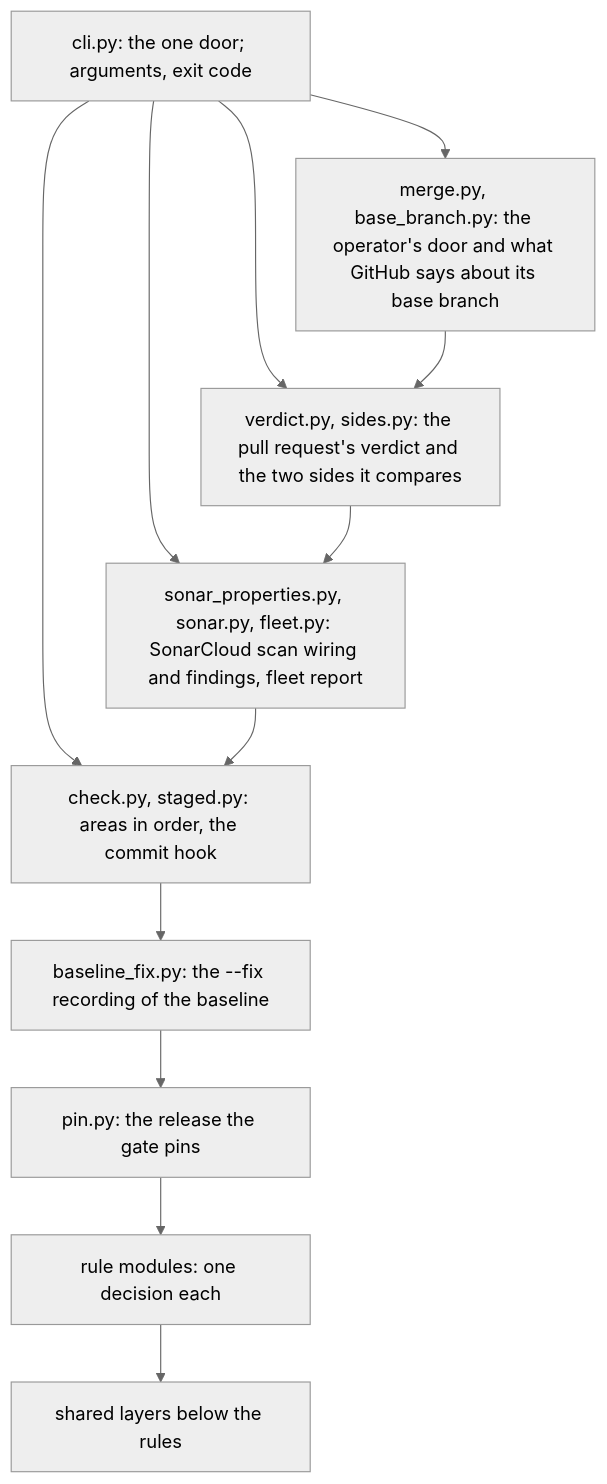
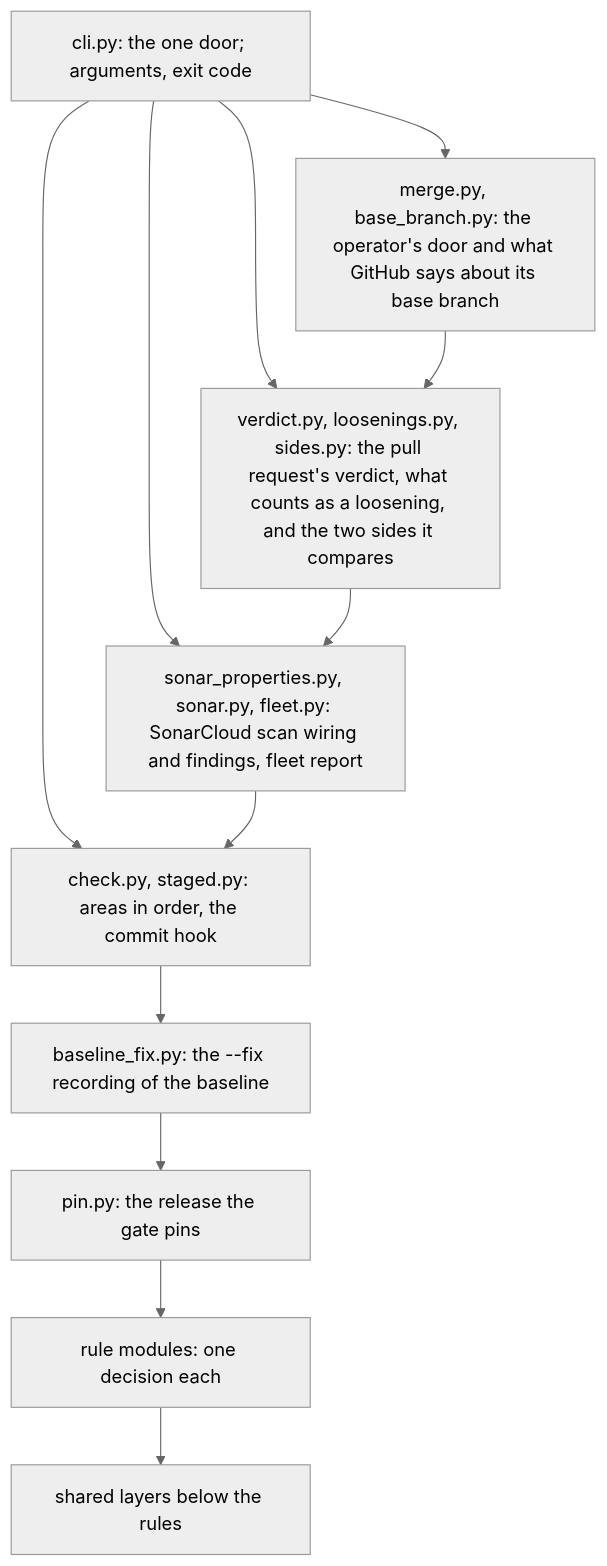
The second of 3 diagrams in docs/ARCHITECTURE.md (overnightworks/quality), drawn with Mermaid (neutral theme) before and after one commit. The commit also changed other lines of this file and 23 other files, not shown here.

First line of the commit message:
Make room in verdict.py and config.py by moving the loosenings and the allow-entry readers out (#1026)

````diff
--- a/docs/ARCHITECTURE.md
+++ b/docs/ARCHITECTURE.md
@@ -44,23 +44,23 @@
 ```mermaid
 flowchart TB
     cli["cli.py: the one door; arguments, exit code"]
     door["merge.py, base_branch.py: the operator's door and what GitHub says about its base branch"]
-    verdict["verdict.py, sides.py: the pull request's verdict and the two sides it compares"]
+    verdict["verdict.py, loosenings.py, sides.py: the pull request's verdict, what counts as a loosening, and the two sides it compares"]
     reports["sonar_properties.py, sonar.py, fleet.py: SonarCloud scan wiring and findings, fleet report"]
     check["check.py, staged.py: areas in order, the commit hook"]
     fix["baseline_fix.py: the --fix recording of the baseline"]
     pin["pin.py: the release the gate pins"]
     rules["rule modules: one decision each"]
     shared["shared layers below the rules"]
     cli --> door
     cli --> verdict
     cli --> reports
     cli --> check
     door --> verdict
     verdict --> reports
     reports --> check
     check --> fix
     fix --> pin
     pin --> rules
     rules --> shared
 ```
````
